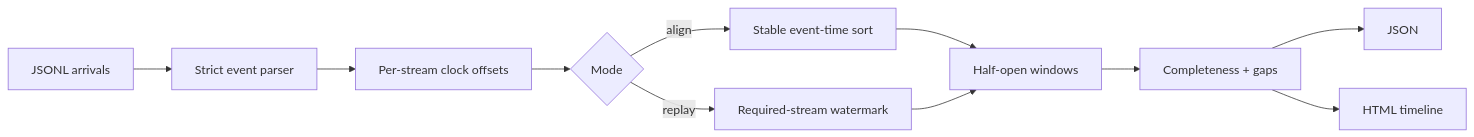
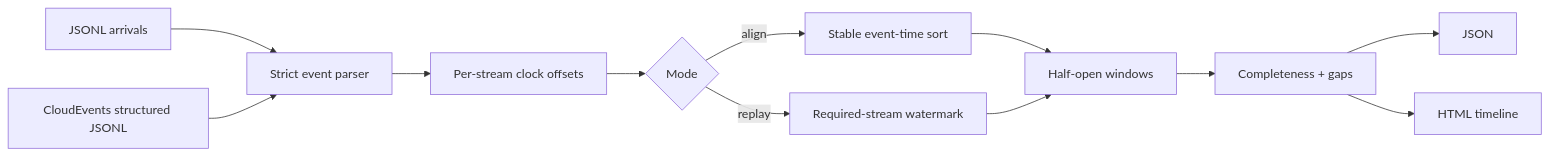
One commit to appleweiping/stream-quilt changed the diagram in docs/architecture.md. Above: the diagram before and after it, drawn with Mermaid. The commit also changed other lines of this file and 31 other files, not shown here.

First line of the commit message:
Release 0.2.0: CloudEvents adapter, benchmarks, and defensive models

````diff
--- a/docs/architecture.md
+++ b/docs/architecture.md
@@ -6,13 +6,14 @@
 ```mermaid
 flowchart LR
     A[JSONL arrivals] --> B[Strict event parser]
     B --> C[Per-stream clock offsets]
     C --> D{Mode}
     D -->|align| E[Stable event-time sort]
     D -->|replay| F[Required-stream watermark]
     E --> G[Half-open windows]
     F --> G
     G --> H[Completeness + gaps]
     H --> I[JSON]
     H --> J[HTML timeline]
+    K[CloudEvents structured JSONL] --> B
 ```
````
